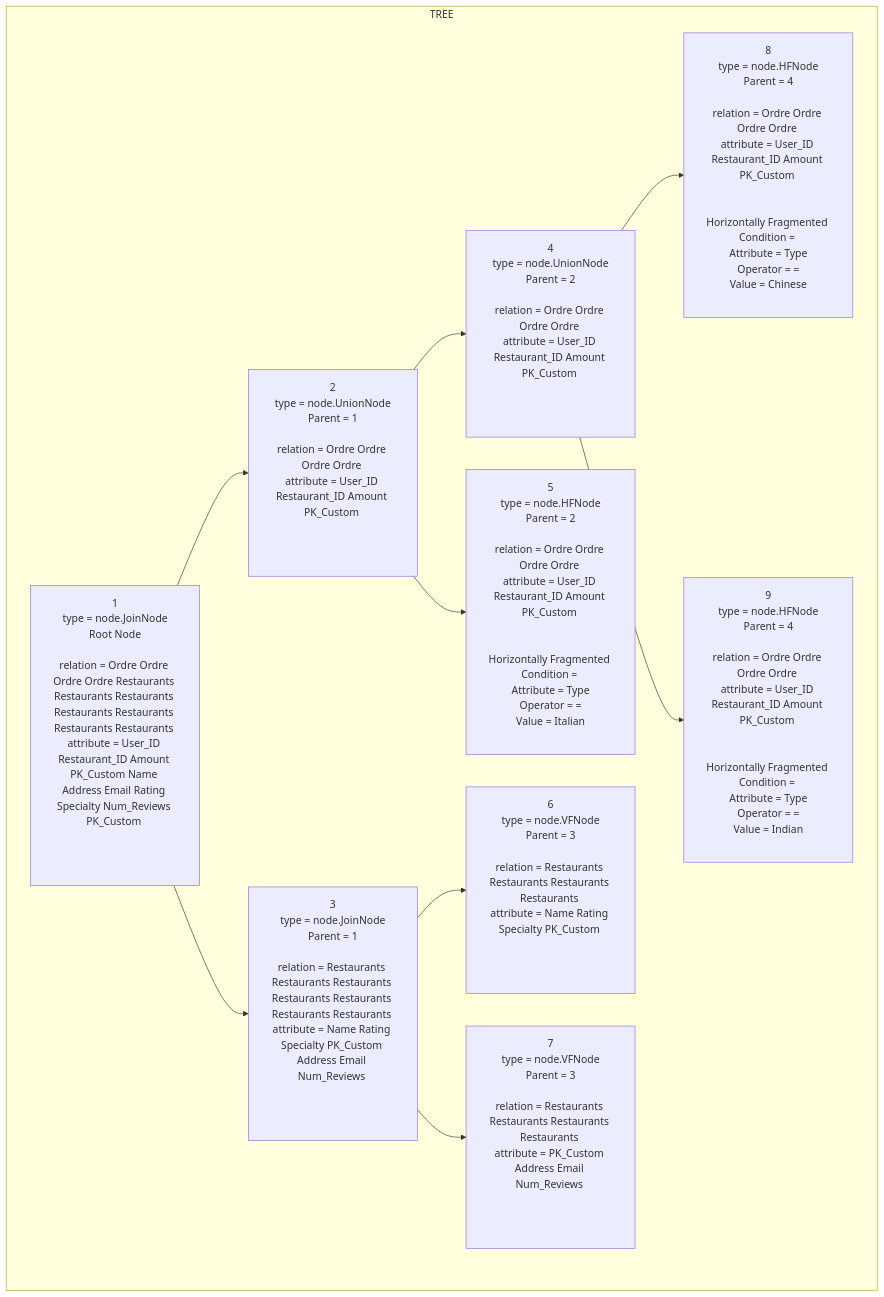
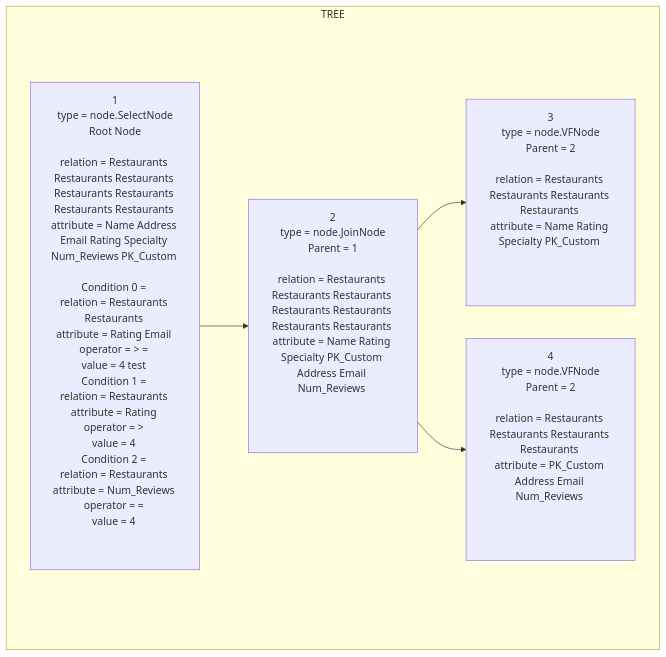
One commit to krtikgrg/Distributed_Database_System changed the diagram in phase2/src/fragmented.md. Above: the diagram before and after it, drawn with Mermaid. The commit also changed 9 other files, not shown here.

````diff
--- a/phase2/src/fragmented.md
+++ b/phase2/src/fragmented.md
@@ -1,22 +1,12 @@
 ```mermaid
 graph TD
 subgraph TREE
-1[1<br/>type = node.JoinNode<br/>Root Node<br/><br/>relation = Ordre Ordre Ordre Ordre Restaurants Restaurants Restaurants Restaurants Restaurants Restaurants Restaurants <br/>attribute = User_ID Restaurant_ID Amount PK_Custom Name Address Email Rating Specialty Num_Reviews PK_Custom <br/><br/><br/><br/>]
-2[2<br/>type = node.UnionNode<br/>Parent = 1<br/><br/>relation = Ordre Ordre Ordre Ordre <br/>attribute = User_ID Restaurant_ID Amount PK_Custom <br/><br/><br/><br/>]
+1[1<br/>type = node.SelectNode<br/>Root Node<br/><br/>relation = Restaurants Restaurants Restaurants Restaurants Restaurants Restaurants Restaurants <br/>attribute = Name Address Email Rating Specialty Num_Reviews PK_Custom <br/><br/>Condition 0 = <br/>relation = Restaurants Restaurants <br/>attribute = Rating Email <br/>operator = > = <br/>value = 4 test <br/>Condition 1 = <br/>relation = Restaurants <br/>attribute = Rating <br/>operator = > <br/>value = 4 <br/>Condition 2 = <br/>relation = Restaurants <br/>attribute = Num_Reviews <br/>operator = = <br/>value = 4 <br/><br/><br/>]
+2[2<br/>type = node.JoinNode<br/>Parent = 1<br/><br/>relation = Restaurants Restaurants Restaurants Restaurants Restaurants Restaurants Restaurants <br/>attribute = Name Rating Specialty PK_Custom Address Email Num_Reviews <br/><br/><br/><br/>]
 1-->2
-3[3<br/>type = node.JoinNode<br/>Parent = 1<br/><br/>relation = Restaurants Restaurants Restaurants Restaurants Restaurants Restaurants Restaurants <br/>attribute = Name Rating Specialty PK_Custom Address Email Num_Reviews <br/><br/><br/><br/>]
-1-->3
-4[4<br/>type = node.UnionNode<br/>Parent = 2<br/><br/>relation = Ordre Ordre Ordre Ordre <br/>attribute = User_ID Restaurant_ID Amount PK_Custom <br/><br/><br/><br/>]
+3[3<br/>type = node.VFNode<br/>Parent = 2<br/><br/>relation = Restaurants Restaurants Restaurants Restaurants <br/>attribute = Name Rating Specialty PK_Custom <br/><br/><br/><br/>]
+2-->3
+4[4<br/>type = node.VFNode<br/>Parent = 2<br/><br/>relation = Restaurants Restaurants Restaurants Restaurants <br/>attribute = PK_Custom Address Email Num_Reviews <br/><br/><br/><br/>]
 2-->4
-5[5<br/>type = node.HFNode<br/>Parent = 2<br/><br/>relation = Ordre Ordre Ordre Ordre <br/>attribute = User_ID Restaurant_ID Amount PK_Custom <br/><br/><br/>Horizontally Fragmented Condition = <br/>Attribute = Type<br/>Operator = =<br/>Value = Italian<br/><br/>]
-2-->5
-6[6<br/>type = node.VFNode<br/>Parent = 3<br/><br/>relation = Restaurants Restaurants Restaurants Restaurants <br/>attribute = Name Rating Specialty PK_Custom <br/><br/><br/><br/>]
-3-->6
-7[7<br/>type = node.VFNode<br/>Parent = 3<br/><br/>relation = Restaurants Restaurants Restaurants Restaurants <br/>attribute = PK_Custom Address Email Num_Reviews <br/><br/><br/><br/>]
-3-->7
-8[8<br/>type = node.HFNode<br/>Parent = 4<br/><br/>relation = Ordre Ordre Ordre Ordre <br/>attribute = User_ID Restaurant_ID Amount PK_Custom <br/><br/><br/>Horizontally Fragmented Condition = <br/>Attribute = Type<br/>Operator = =<br/>Value = Chinese<br/><br/>]
-4-->8
-9[9<br/>type = node.HFNode<br/>Parent = 4<br/><br/>relation = Ordre Ordre Ordre Ordre <br/>attribute = User_ID Restaurant_ID Amount PK_Custom <br/><br/><br/>Horizontally Fragmented Condition = <br/>Attribute = Type<br/>Operator = =<br/>Value = Indian<br/><br/>]
-4-->9
 end
 ```
````
